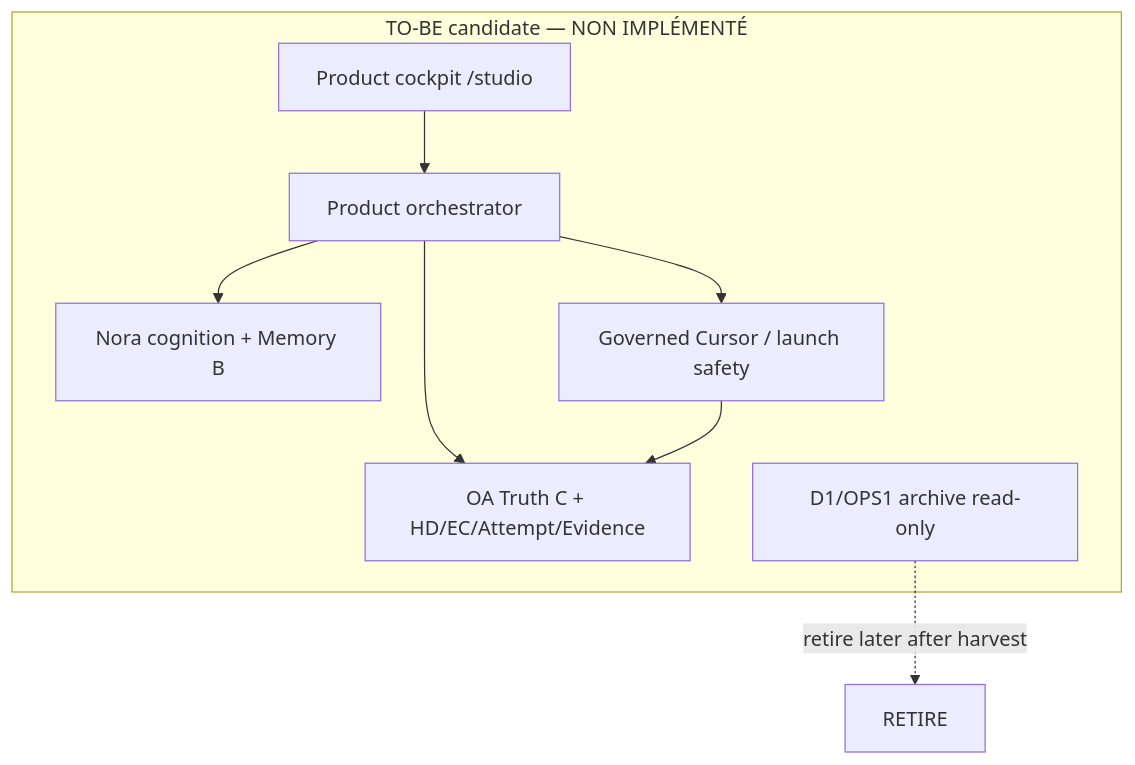
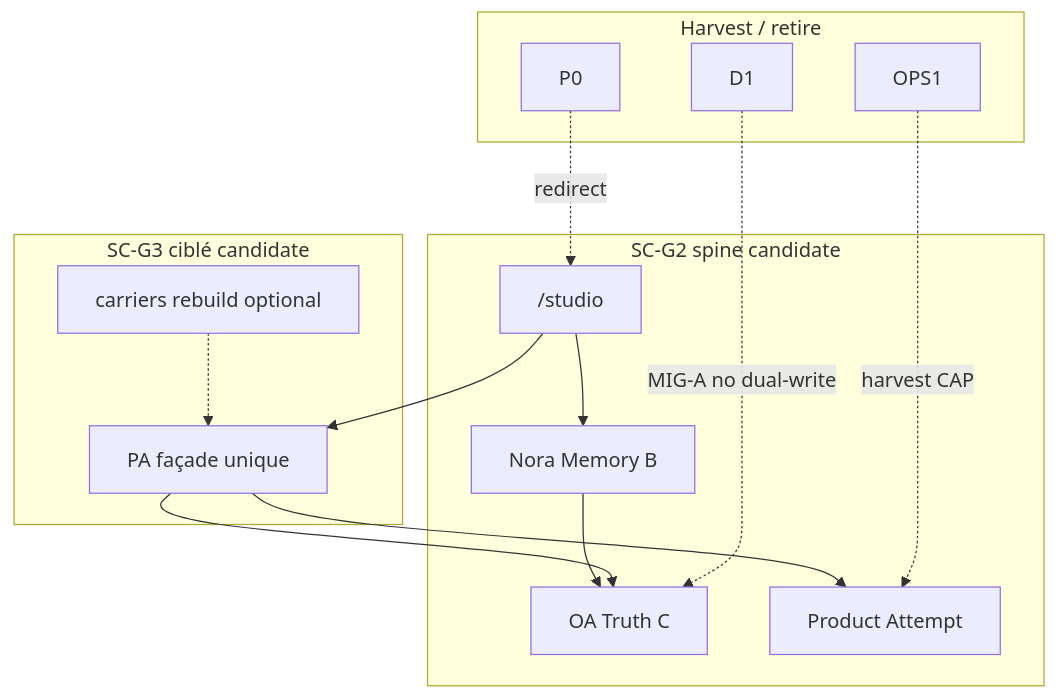
One commit to mcleland147/sfia-workspace changed the second of 3 diagrams in sfia-review-handoff/latest-chatgpt-review.md. Above: the diagram before and after it, drawn with Mermaid. The commit also changed other lines of this file, not shown here.

Commit message:
docs(review-handoff): AKG-M4-A T-A06 critical architecture alignment

````diff
--- a/sfia-review-handoff/latest-chatgpt-review.md
+++ b/sfia-review-handoff/latest-chatgpt-review.md
@@ -227,17 +401,26 @@
 ```mermaid
 flowchart TB
-  subgraph TOBE["TO-BE candidate — NON IMPLÉMENTÉ"]
-    Cockpit[Product cockpit /studio]
-    Orch[Product orchestrator]
-    Cog[Nora cognition + Memory B]
-    Auth[OA Truth C + HD/EC/Attempt/Evidence]
-    Tech[Governed Cursor / launch safety]
-    Archive[D1/OPS1 archive read-only]
+  subgraph SPINE["SC-G2 spine candidate"]
+    Studio["/studio"]
+    Nora2[Nora Memory B]
+    OA2[OA Truth C]
+    Prod[Product Attempt]
   end
-  Cockpit --> Orch
-  Orch --> Cog
-  Orch --> Auth
-  Orch --> Tech
-  Tech --> Auth
-  Archive -.->|retire later after harvest| X[RETIRE]
+  subgraph TARGET["SC-G3 ciblé candidate"]
+    PA3[PA façade unique]
+    CAR[carriers rebuild optional]
+  end
+  subgraph ISLANDS["Harvest / retire"]
+    D1r[D1]
+    OPS1r[OPS1]
+    P0r[P0]
+  end
+  Studio --> Nora2 --> OA2
+  Studio --> PA3
+  PA3 --> OA2
+  PA3 --> Prod
+  CAR -.-> PA3
+  D1r -.->|MIG-A no dual-write| OA2
+  OPS1r -.->|harvest CAP| Prod
+  P0r -.->|redirect| Studio
 ```
````
